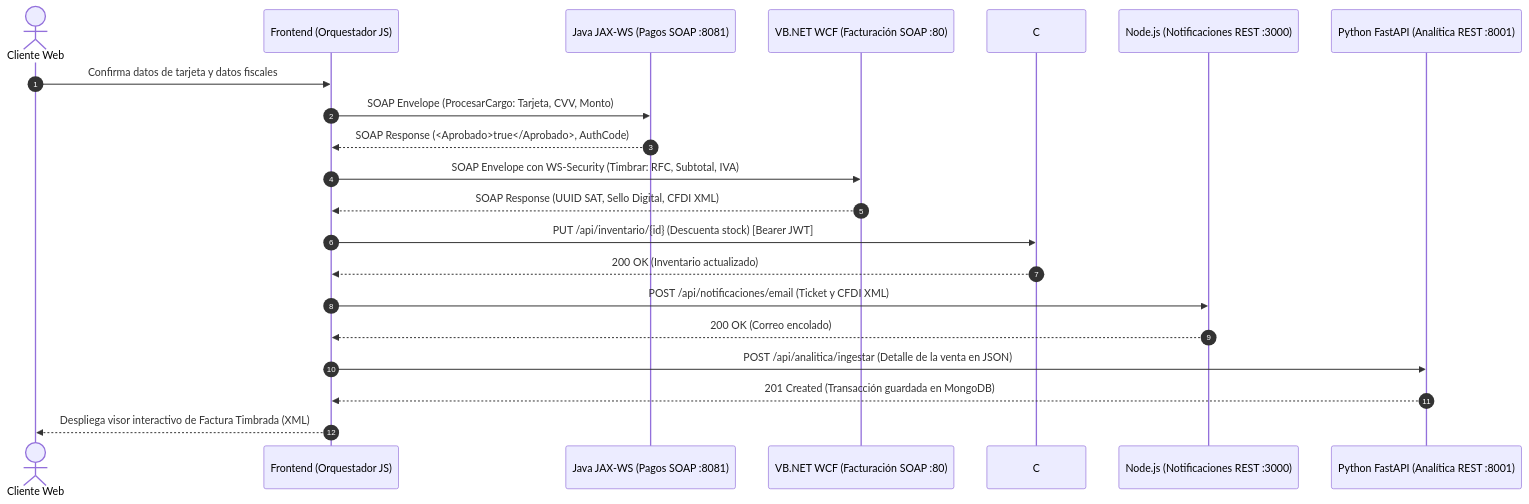
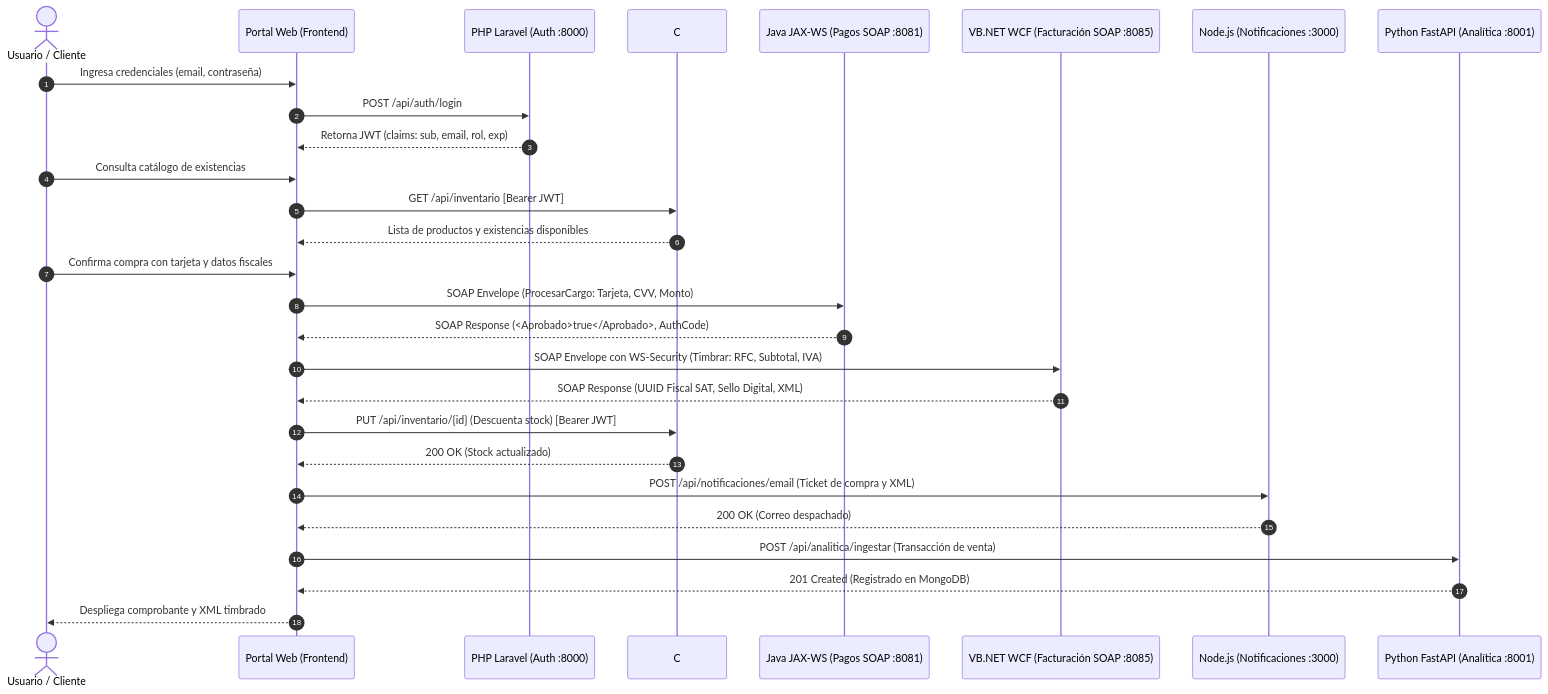
One commit to Alan-Az/Tienda-en-micro-servicios changed the second of 3 diagrams in README.md. Above: the diagram before and after it, drawn with Mermaid. The commit also changed other lines of this file, not shown here.

Commit message:
docs: restructure project README with comprehensive system overview, table of contents, and updated architecture diagram

````diff
--- a/README.md
+++ b/README.md
@@ -304,35 +101,47 @@
 ```mermaid
 sequenceDiagram
     autonumber
-    actor Comprador as Cliente Web
-    participant UI as Frontend (Orquestador JS)
+    actor Cliente as Usuario / Cliente
+    participant UI as Portal Web (Frontend)
+    participant PHP as PHP Laravel (Auth :8000)
+    participant CS as C# .NET (Inventario :5084)
     participant JAVA as Java JAX-WS (Pagos SOAP :8081)
-    participant VB as VB.NET WCF (Facturación SOAP :80)
-    participant CS as C# .NET 10 (Inventario REST :5084)
-    participant NODE as Node.js (Notificaciones REST :3000)
-    participant PY as Python FastAPI (Analítica REST :8001)
+    participant VB as VB.NET WCF (Facturación SOAP :8085)
+    participant NODE as Node.js (Notificaciones :3000)
+    participant PY as Python FastAPI (Analítica :8001)
 
-    Comprador->>UI: Confirma datos de tarjeta y datos fiscales
+    %% Autenticación
+    Cliente->>UI: Ingresa credenciales (email, contraseña)
+    UI->>PHP: POST /api/auth/login
+    PHP-->>UI: Retorna JWT (claims: sub, email, rol, exp)
+
+    %% Catálogo
+    Cliente->>UI: Consulta catálogo de existencias
+    UI->>CS: GET /api/inventario [Bearer JWT]
+    CS-->>UI: Lista de productos y existencias disponibles
+
+    %% Transacción de Compra
+    Cliente->>UI: Confirma compra con tarjeta y datos fiscales
     
-    %% Paso 1
+    %% Fase 1: Pago Bancario
     UI->>JAVA: SOAP Envelope (ProcesarCargo: Tarjeta, CVV, Monto)
     JAVA-->>UI: SOAP Response (<Aprobado>true</Aprobado>, AuthCode)
     
-    %% Paso 2
+    %% Fase 2: Factura Fiscal
     UI->>VB: SOAP Envelope con WS-Security (Timbrar: RFC, Subtotal, IVA)
-    VB-->>UI: SOAP Response (UUID SAT, Sello Digital, CFDI XML)
+    VB-->>UI: SOAP Response (UUID Fiscal SAT, Sello Digital, XML)
     
-    %% Paso 3
+    %% Fase 3: Descuento de Inventario
     UI->>CS: PUT /api/inventario/{id} (Descuenta stock) [Bearer JWT]
-    CS-->>UI: 200 OK (Inventario actualizado)
+    CS-->>UI: 200 OK (Stock actualizado)
     
-    %% Paso 4
-    UI->>NODE: POST /api/notificaciones/email (Ticket y CFDI XML)
-    NODE-->>UI: 200 OK (Correo encolado)
+    %% Fase 4: Notificación
+    UI->>NODE: POST /api/notificaciones/email (Ticket de compra y XML)
+    NODE-->>UI: 200 OK (Correo despachado)
     
-    %% Paso 5
-    UI->>PY: POST /api/analitica/ingestar (Detalle de la venta en JSON)
-    PY-->>UI: 201 Created (Transacción guardada en MongoDB)
-    
-    UI-->>Comprador: Despliega visor interactivo de Factura Timbrada (XML)
+    %% Fase 5: Registro Analítico
+    UI->>PY: POST /api/analitica/ingestar (Transacción de venta)
+    PY-->>UI: 201 Created (Registrado en MongoDB)
+
+    UI-->>Cliente: Despliega comprobante y XML timbrado
 ```
````
